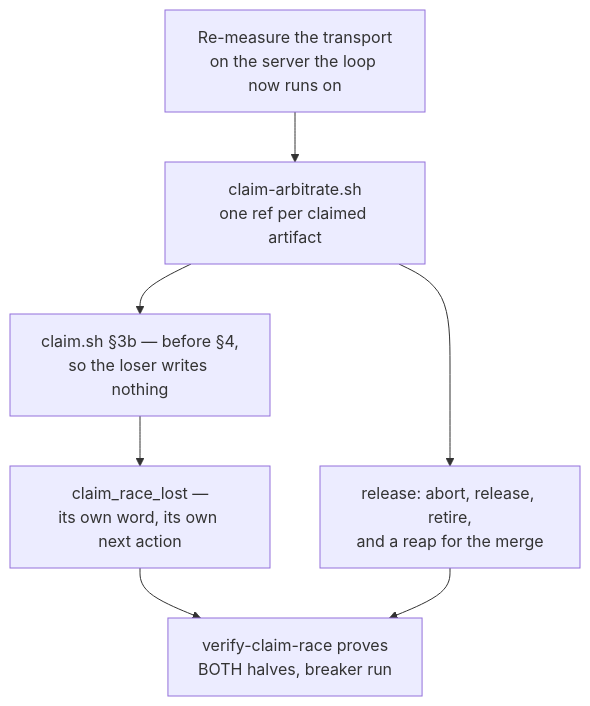
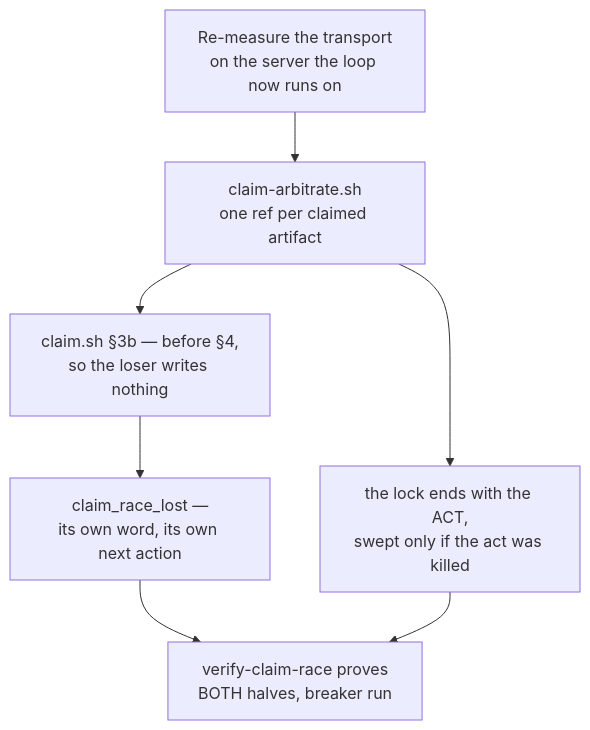
Before and after one commit to qmu/workaholic: the diagram in .workaholic/stories/work-20260902-210628.md, drawn with Mermaid. The commit also changed other lines of this file, not shown here.

First line of the commit message:
Correct the story for the lock lifetime

````diff
--- a/.workaholic/stories/work-20260902-210628.md
+++ b/.workaholic/stories/work-20260902-210628.md
@@ -33,9 +33,9 @@
 ```mermaid
 flowchart TD
     A["Re-measure the transport<br/>on the server the loop now runs on"] --> B["claim-arbitrate.sh<br/>one ref per claimed artifact"]
     B --> C["claim.sh §3b — before §4,<br/>so the loser writes nothing"]
     C --> D["claim_race_lost —<br/>its own word, its own next action"]
-    B --> E["release: abort, release, retire,<br/>and a reap for the merge"]
+    B --> E["the lock ends with the ACT,<br/>swept only if the act was killed"]
     D --> F["verify-claim-race proves<br/>BOTH halves, breaker run"]
     E --> F
 ```
````
